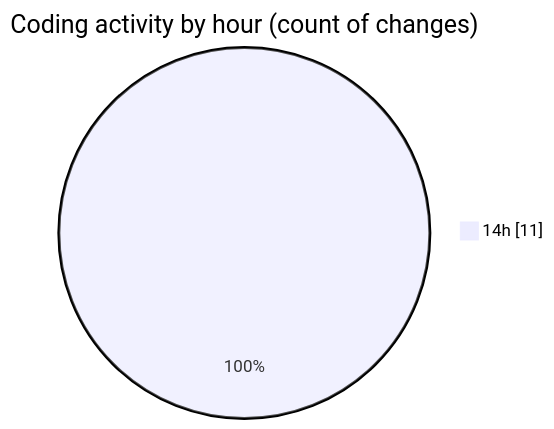
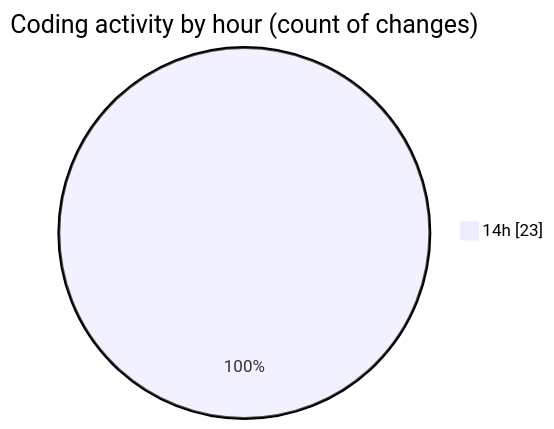
One commit to Ritupan-Deka/code-tracking changed the second of 2 diagrams in 2025-05-29/projects/README.md. Above: the diagram before and after it, drawn with Mermaid. The commit also changed other lines of this file and 1 other file, not shown here.

````diff
--- a/2025-05-29/projects/README.md
+++ b/2025-05-29/projects/README.md
@@ -41,5 +41,5 @@
 ```mermaid
 pie showData
 title Coding activity by hour (count of changes)
-"14h" : 11
+"14h" : 23
 ```
````
